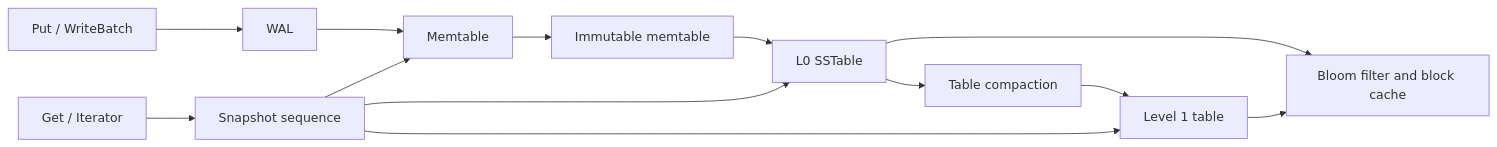
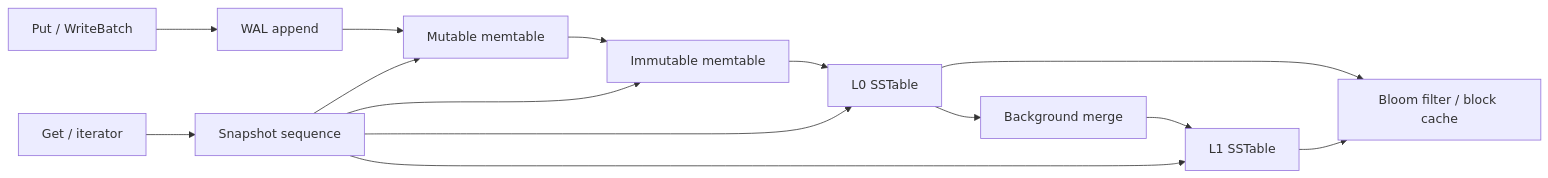
One commit to Dami99-b/MicroFS changed the diagram in README.md. Above: the diagram before and after it, drawn with Mermaid. The commit also changed other lines of this file, not shown here.

````diff
--- a/README.md
+++ b/README.md
@@ -11,15 +38,17 @@
 ```mermaid
 flowchart LR
-  W[Put / WriteBatch] --> L[WAL]
-  L --> M[Memtable]
+  W[Put / WriteBatch] --> L[WAL append]
+  L --> M[Mutable memtable]
   M --> I[Immutable memtable]
-  I --> T[L0 SSTable]
-  T --> C[Table compaction]
-  C --> V[Level 1 table]
-  R[Get / Iterator] --> S[Snapshot sequence]
+  I --> T0[L0 SSTable]
+  T0 --> C[Background merge]
+  C --> T1[L1 SSTable]
+
+  Q[Get / iterator] --> S[Snapshot sequence]
   S --> M
-  S --> T
-  S --> V
-  T --> F[Bloom filter and block cache]
-  V --> F
+  S --> I
+  S --> T0
+  S --> T1
+  T0 --> F[Bloom filter / block cache]
+  T1 --> F
 ```
````
